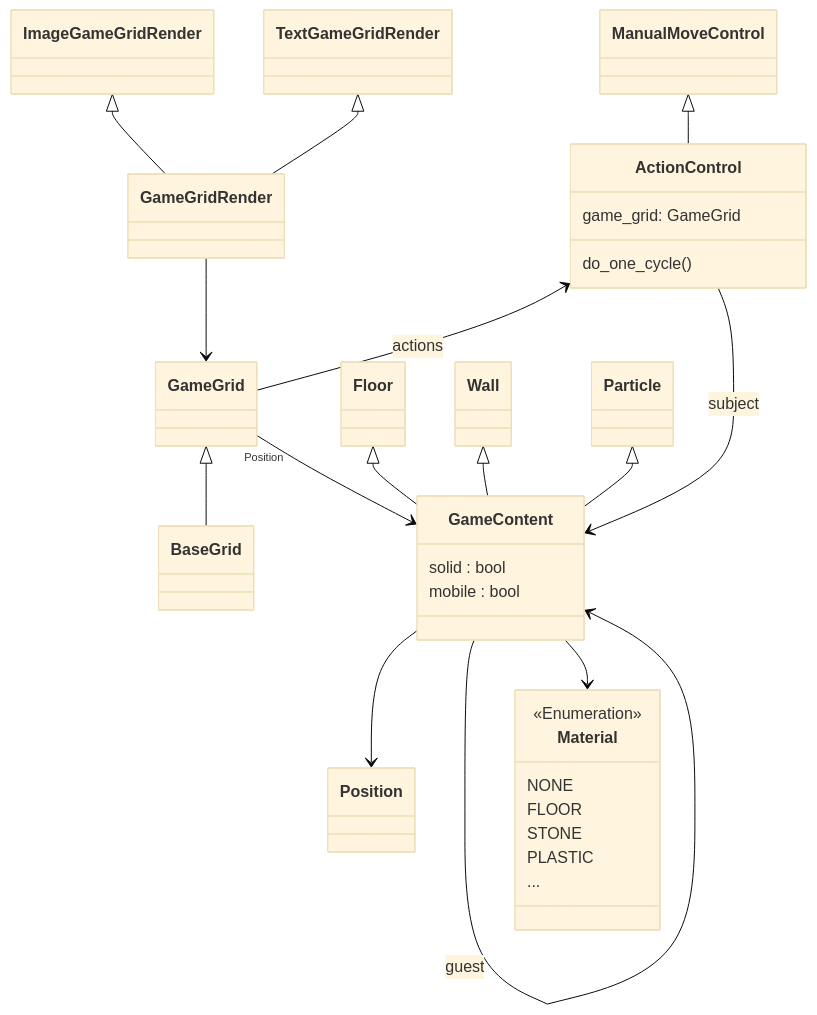
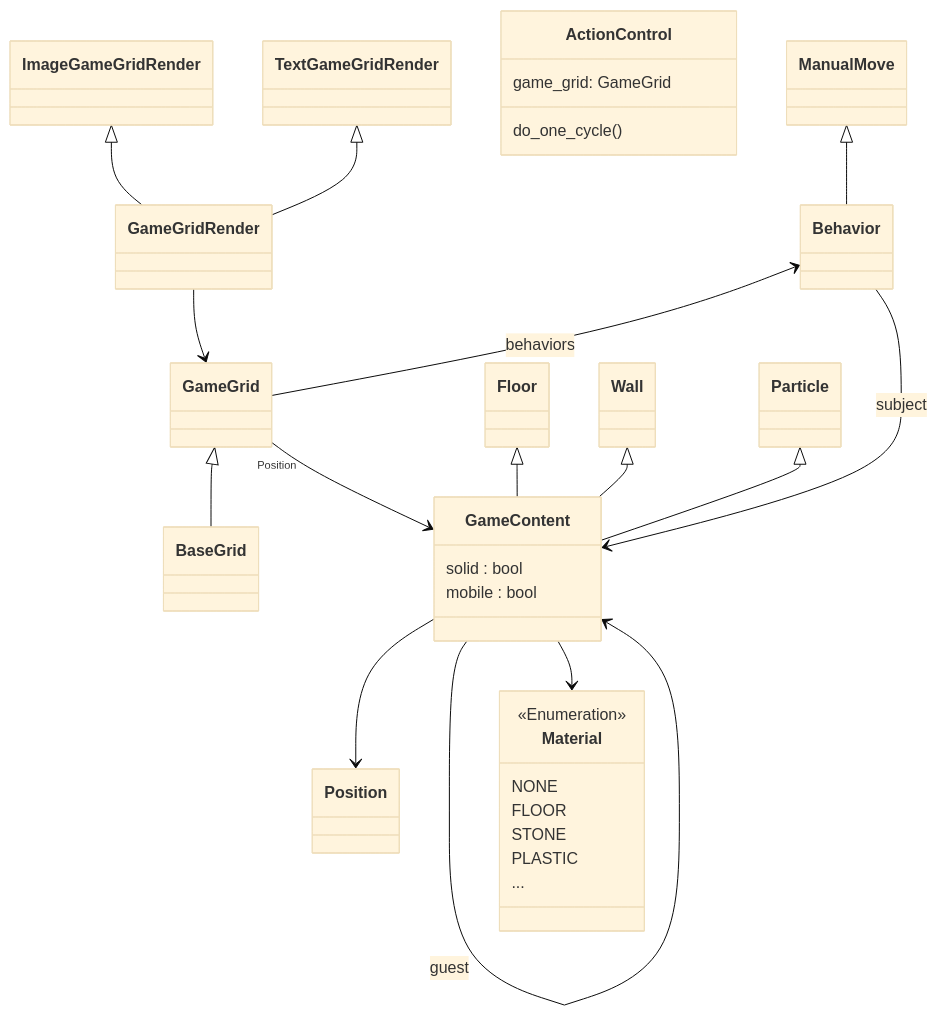
The fourth of 10 diagrams in hello_maze/readme.md (fvbakel/brilliant), drawn with Mermaid (base theme) before and after one commit. The commit also changed other lines of this file and 1 other file, not shown here.

Commit message:
Preparation for rules based decisions, extend moveInfo

````diff
--- a/hello_maze/readme.md
+++ b/hello_maze/readme.md
@@ -99,55 +110,55 @@
 ```mermaid
   classDiagram
     class Material {
         <<Enumeration>>
         NONE
         FLOOR
         STONE
         PLASTIC
         ...
     }
 
     class GameContent {
         solid : bool
         mobile : bool
         
     }
     class GameGrid {
         
     }
 
     GameGrid <|-- BaseGrid
 
     GameGrid "Position" -->  GameContent
     GameContent --> Position
     GameContent --> GameContent : guest
     GameContent --> Material
 
 
     class Floor {
     }
     class Wall {
     }
     class Particle {
     }
     
 
     Floor <|-- GameContent
     Wall <|-- GameContent
     Particle <|-- GameContent
 
     GameGridRender --> GameGrid
     ImageGameGridRender <|-- GameGridRender
     TextGameGridRender <|-- GameGridRender
     
     class ActionControl {
         game_grid: GameGrid
         do_one_cycle()
     }
  
-    ActionControl <-- GameGrid : actions
-    ActionControl --> GameContent: subject
-    ManualMoveControl <|-- ActionControl
+    Behavior <-- GameGrid : behaviors
+    Behavior --> GameContent: subject
+    ManualMove <|-- Behavior
     
 
 ```
````
